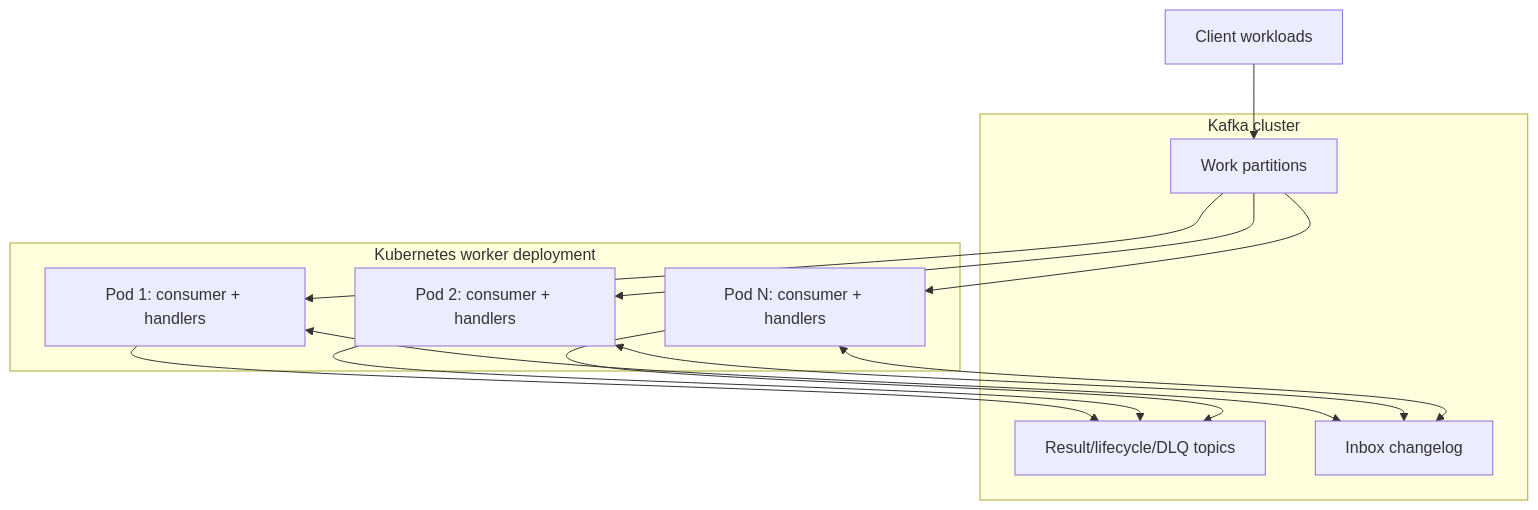
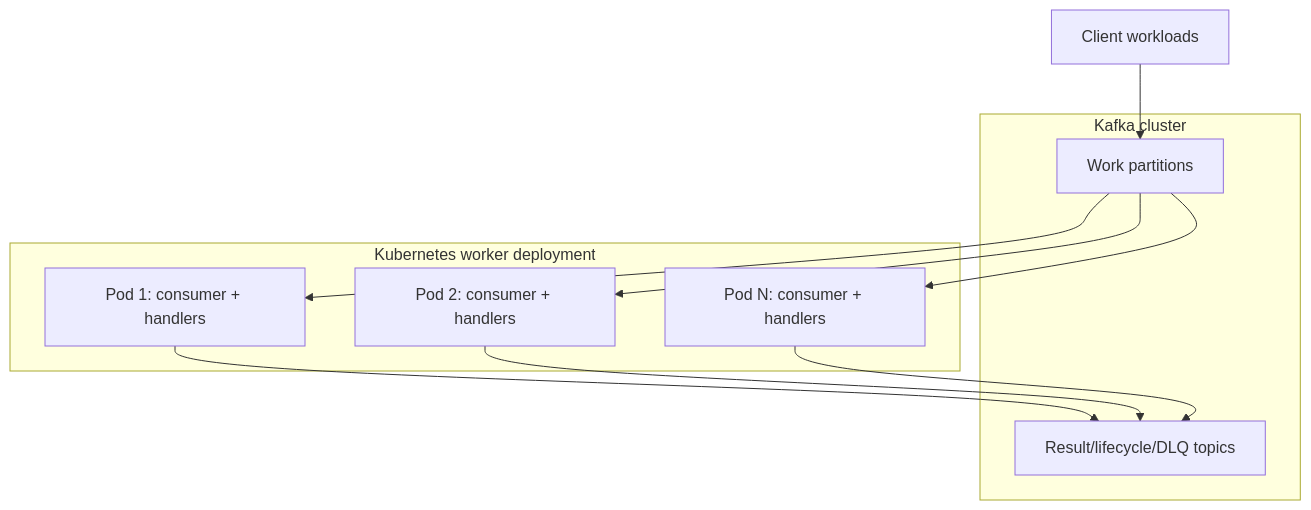
The seventh of 7 diagrams in specs/006-kafka-pull-job-scheduler/arc42.md (spakai/job_scheduling_simulation), drawn with Mermaid before and after one commit. The commit also changed other lines of this file and 2 other files, not shown here.

````diff
--- a/specs/006-kafka-pull-job-scheduler/arc42.md
+++ b/specs/006-kafka-pull-job-scheduler/arc42.md
@@ -290,23 +284,19 @@
 ```mermaid
 flowchart TB
     subgraph kafka["Kafka cluster"]
         work["Work partitions"]
         outputs["Result/lifecycle/DLQ topics"]
-        changelog["Inbox changelog"]
     end
     subgraph k8s["Kubernetes worker deployment"]
         p1["Pod 1: consumer + handlers"]
         p2["Pod 2: consumer + handlers"]
         pn["Pod N: consumer + handlers"]
     end
     clients["Client workloads"] --> work
     work --> p1
     work --> p2
     work --> pn
     p1 --> outputs
     p2 --> outputs
     pn --> outputs
-    p1 <--> changelog
-    p2 <--> changelog
-    pn <--> changelog
 ```
````
